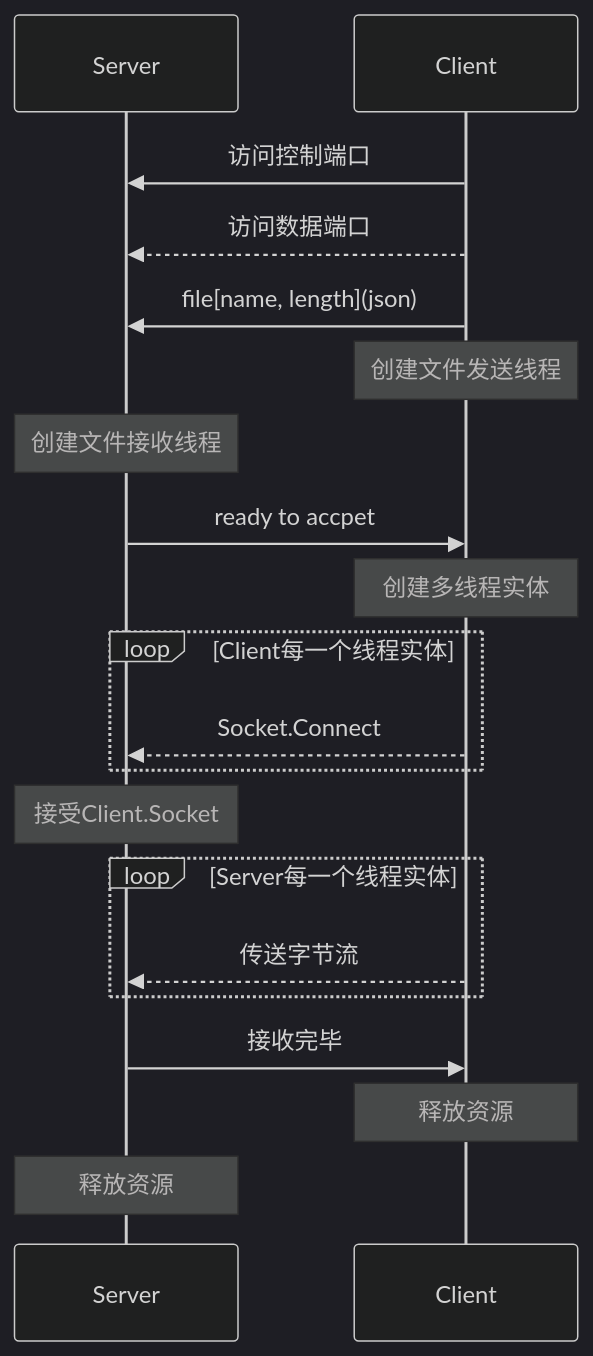
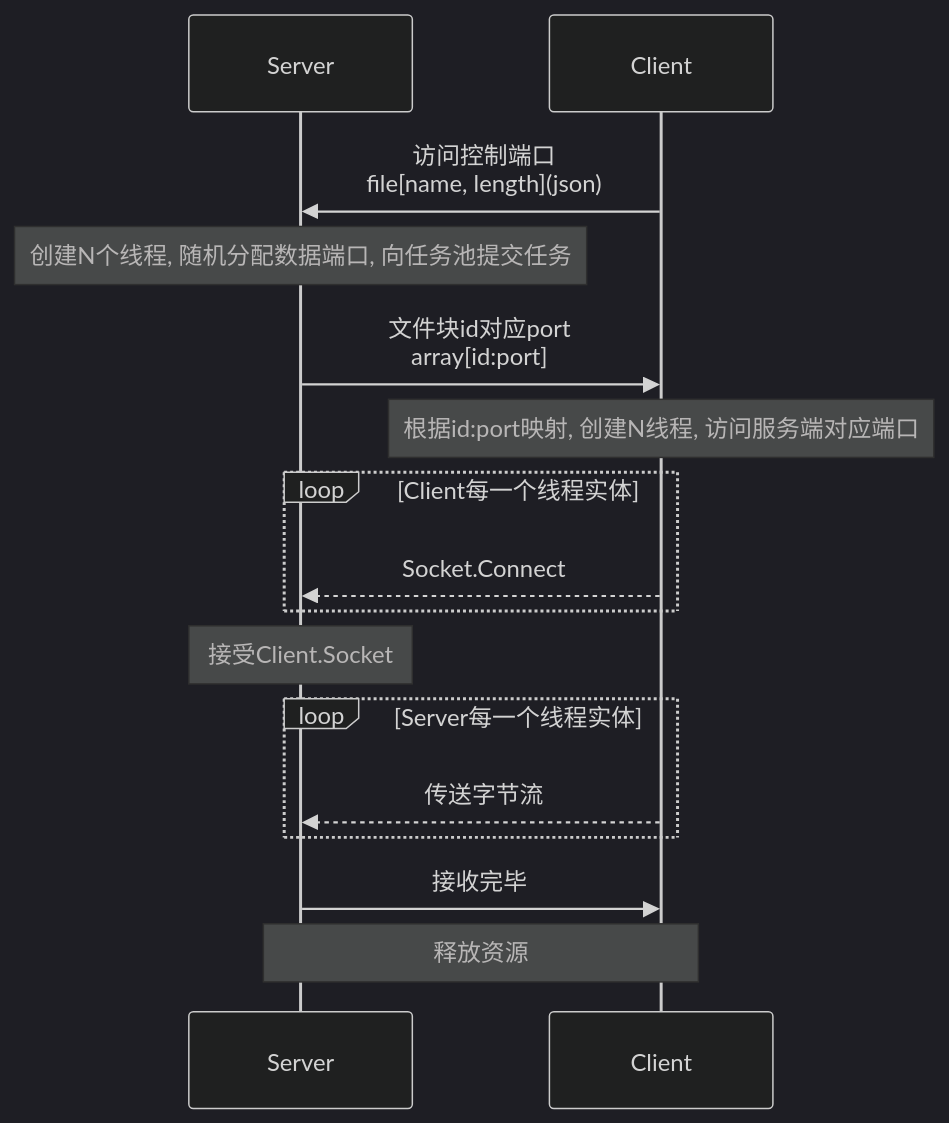
One commit to Hughsean/MultiThread-FileTransferr changed the diagram in README.MD. Above: the diagram before and after it, drawn with Mermaid (dark theme). The commit also changed other lines of this file and 6 other files, not shown here.

````diff
--- a/README.MD
+++ b/README.MD
@@ -3,23 +3,18 @@
 ```mermaid
 sequenceDiagram
 participant s as Server
 participant c as Client
-c->>s:访问控制端口
-c-->>s:访问数据端口
-
-c->>s:file[name, length](json)
-note over c:创建文件发送线程
-note over s:创建文件接收线程
-s->>c:ready to accpet
-note over c:创建多线程实体
+c->>s:访问控制端口<br>file[name, length](json)
+note over s:创建N个线程, 随机分配数据端口, 向任务池提交任务
+s->>c:文件块id对应port<br>array[id:port]
+note over c:根据id:port映射, 创建N线程, 访问服务端对应端口
 	loop Client每一个线程实体
 		c-->>s:Socket.Connect
 	end
 note over s:接受Client.Socket
 	loop Server每一个线程实体
 		c-->>s:传送字节流
 	end
 s->>c:接收完毕
-note over c:释放资源
-note over s:释放资源
+note over s,c:释放资源
 ```
````
